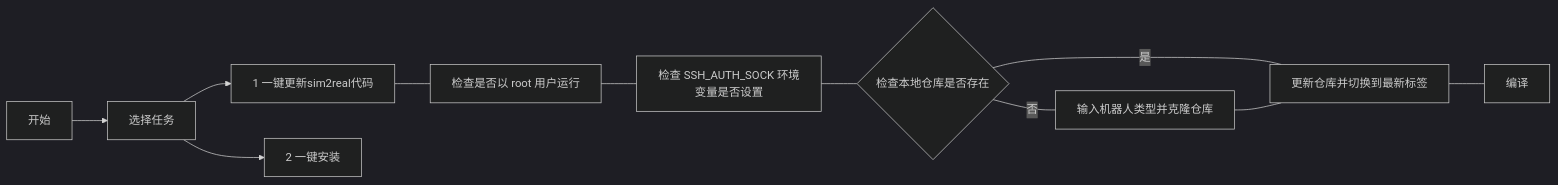
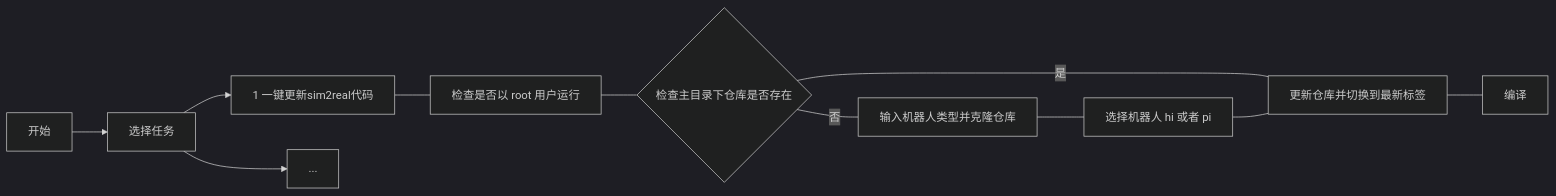
One commit to wwwwwyt/intall changed the diagram in README.md. Above: the diagram before and after it, drawn with Mermaid (dark theme). The commit also changed 1 other file, not shown here.

````diff
--- a/README.md
+++ b/README.md
@@ -33,13 +33,13 @@
 ```mermaid
 graph LR
 start[开始] --> input[选择任务]
 input --> print1[1 一键更新sim2real代码]
 print1 --- print1.1[检查是否以 root 用户运行]
-print1.1 --- print1.2[检查 SSH_AUTH_SOCK 环境变量是否设置]
-print1.2 --- condition1.3{检查本地仓库是否存在}
+print1.1 --- condition1.3{检查主目录下仓库是否存在}
 condition1.3 -- 是 --- print1.5[更新仓库并切换到最新标签]
 condition1.3 -- 否 --- print1.4[输入机器人类型并克隆仓库]
-print1.4 --- print1.5
+print1.4 --- print1.7[选择机器人 hi 或者 pi]
+print1.7 --- print1.5
 print1.5 --- print1.6[编译]
-input --> print2[2 一键安装]
+input --> print2[...]
 ```
````
